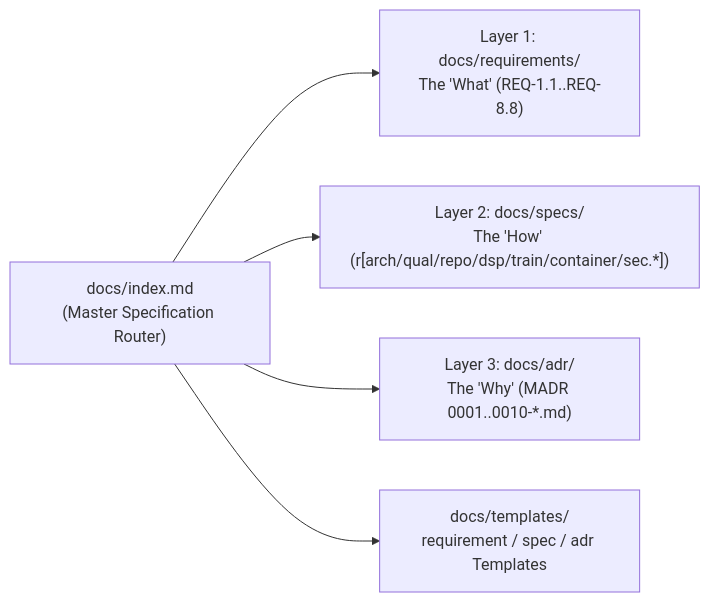
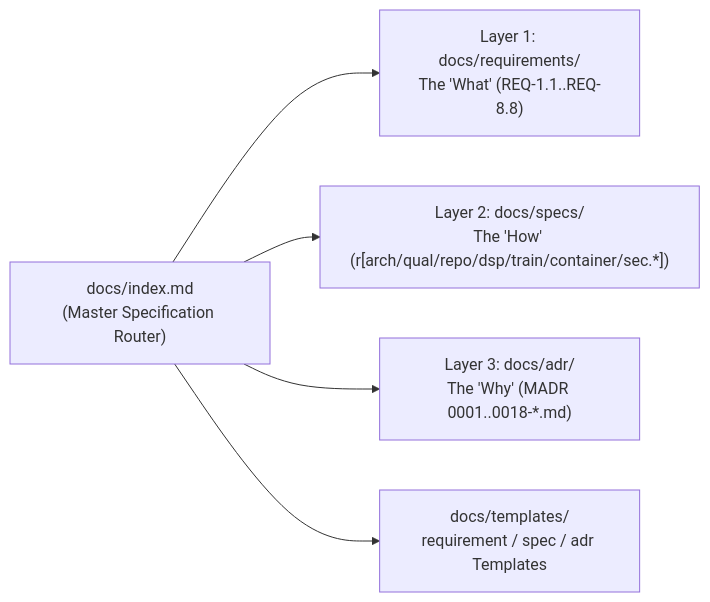
Before and after one commit to dnam-project/dnam: the diagram in docs/CONTRIBUTING.md, drawn with Mermaid. The commit also changed other lines of this file and 229 other files, not shown here.

````diff
--- a/docs/CONTRIBUTING.md
+++ b/docs/CONTRIBUTING.md
@@ -25,7 +25,7 @@
 ```mermaid
 flowchart LR
     Idx["docs/index.md<br/>(Master Specification Router)"] --> L1["Layer 1: docs/requirements/<br/>The 'What' (REQ-1.1..REQ-8.8)"]
     Idx --> L2["Layer 2: docs/specs/<br/>The 'How' (r[arch/qual/repo/dsp/train/container/sec.*])"]
-    Idx --> L3["Layer 3: docs/adr/<br/>The 'Why' (MADR 0001..0010-*.md)"]
+    Idx --> L3["Layer 3: docs/adr/<br/>The 'Why' (MADR 0001..0018-*.md)"]
     Idx --> Tmpl["docs/templates/<br/>requirement / spec / adr Templates"]
 ```
````
